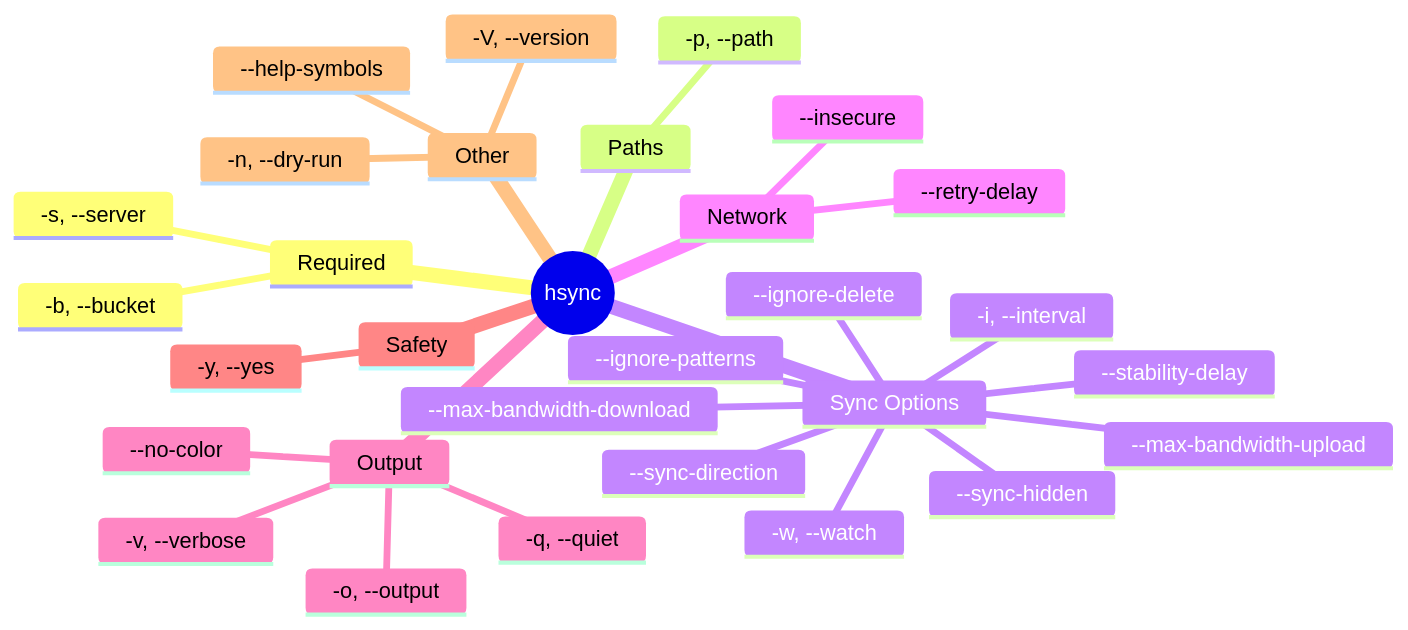
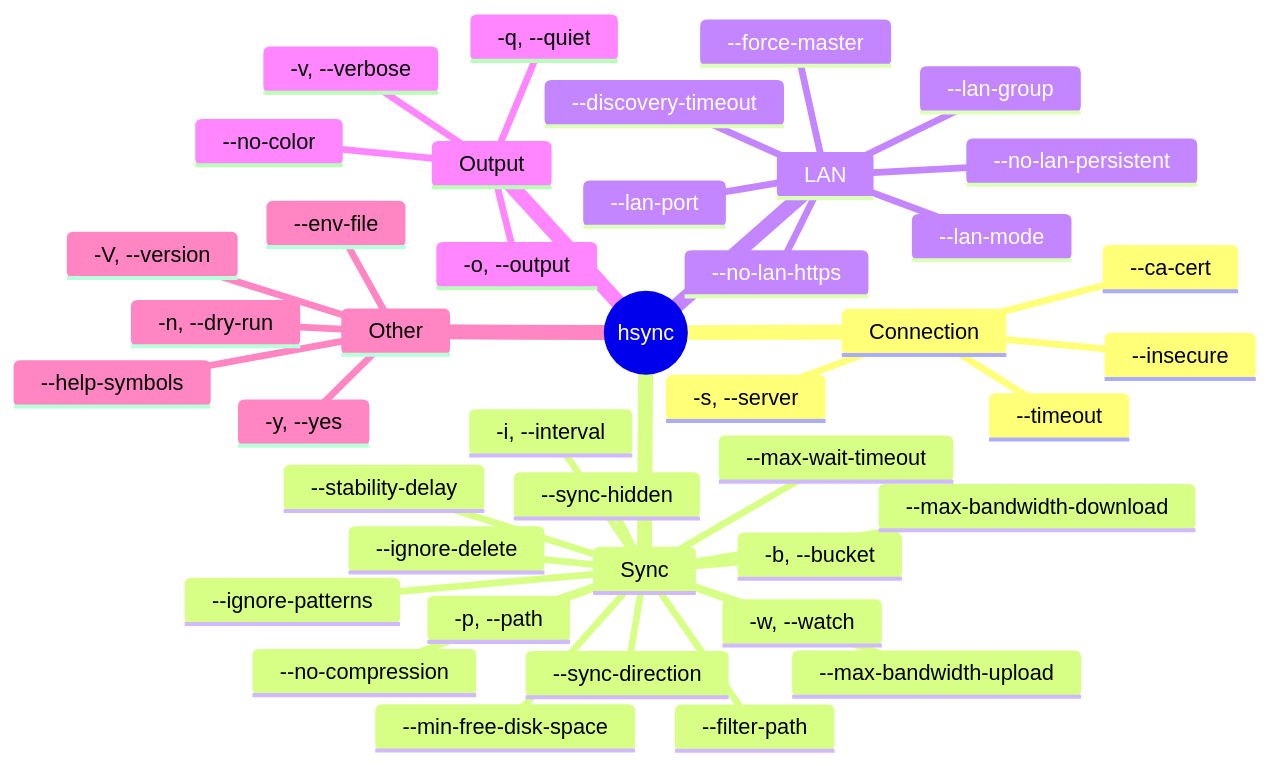
Before and after one commit to albertsdk/hsync-client: the second of 3 diagrams in docs/usage.md, drawn with Mermaid. The commit also changed other lines of this file and 5 other files, not shown here.

````diff
--- a/docs/usage.md
+++ b/docs/usage.md
@@ -35,33 +35,44 @@
 ```mermaid
 mindmap
   root((hsync))
-    Required
+    Connection
       -s, --server
+      --timeout
+      --ca-cert
+      --insecure
+    Sync
       -b, --bucket
-    Paths
       -p, --path
-    Sync Options
       -w, --watch
       -i, --interval
+      --sync-direction
       --stability-delay
-      --sync-direction
+      --max-wait-timeout
+      --filter-path
       --ignore-delete
       --sync-hidden
       --ignore-patterns
+      --no-compression
+      --min-free-disk-space
       --max-bandwidth-upload
       --max-bandwidth-download
-    Network
-      --retry-delay
-      --insecure
+    LAN
+      --lan-mode
+      --lan-port
+      --lan-group
+      --no-lan-https
+      --no-lan-persistent
+      --force-master
+      --discovery-timeout
     Output
       -v, --verbose
       -q, --quiet
       -o, --output
       --no-color
-    Safety
+    Other
       -y, --yes
-    Other
       -n, --dry-run
+      --env-file
       -V, --version
       --help-symbols
 ```
````
